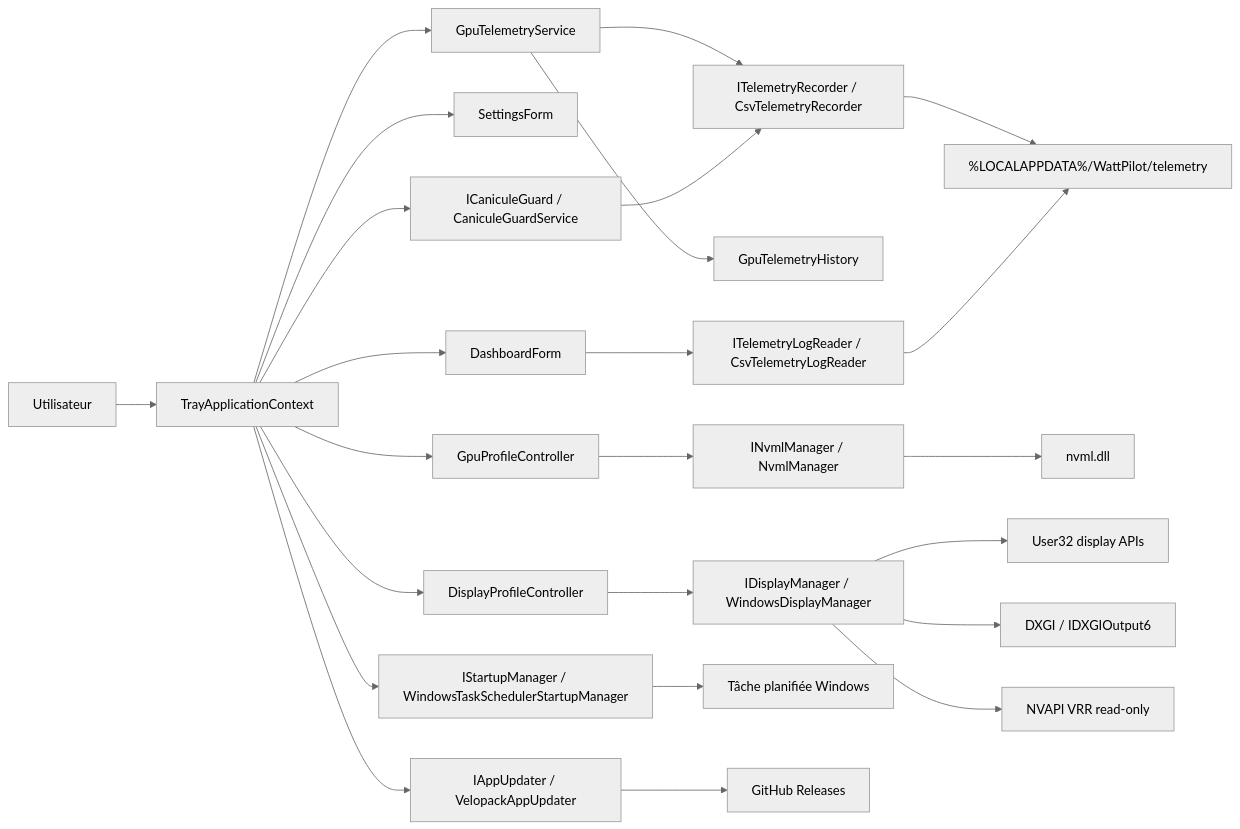
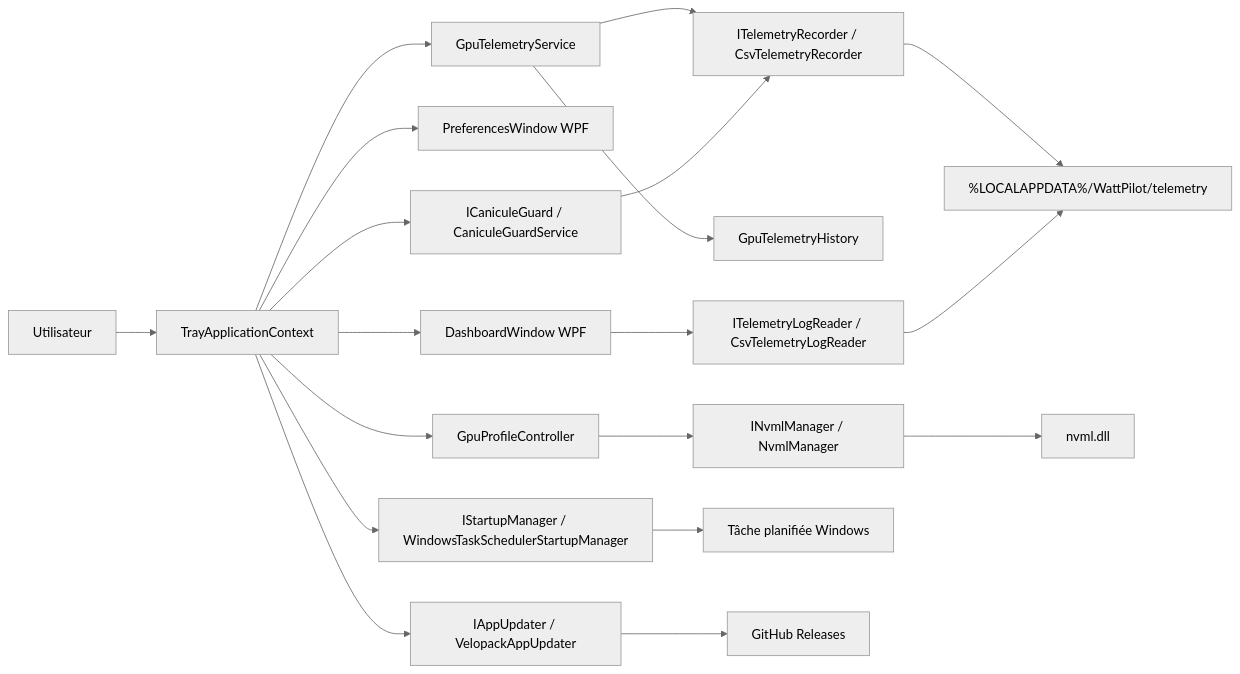
Before and after one commit to arnaud-wissart-lab/NVConso: the diagram in docs/architecture.md, drawn with Mermaid (neutral theme). The commit also changed other lines of this file and 30 other files, not shown here.

````diff
--- a/docs/architecture.md
+++ b/docs/architecture.md
@@ -7,26 +7,21 @@
 ```mermaid
 flowchart LR
   User["Utilisateur"] --> Tray["TrayApplicationContext"]
-  Tray --> Dashboard["DashboardForm"]
-  Tray --> Settings["SettingsForm"]
+  Tray --> Dashboard["DashboardWindow WPF"]
+  Tray --> Settings["PreferencesWindow WPF"]
   Tray --> Profiles["GpuProfileController"]
   Profiles --> Nvml["INvmlManager / NvmlManager"]
   Nvml --> NativeNvml["nvml.dll"]
   Tray --> Telemetry["GpuTelemetryService"]
   Telemetry --> History["GpuTelemetryHistory"]
   Telemetry --> Recorder["ITelemetryRecorder / CsvTelemetryRecorder"]
   Recorder --> TelemetryFiles["%LOCALAPPDATA%/WattPilot/telemetry"]
   Dashboard --> Reader["ITelemetryLogReader / CsvTelemetryLogReader"]
   Reader --> TelemetryFiles
-  Tray --> DisplayProfiles["DisplayProfileController"]
-  DisplayProfiles --> DisplayManager["IDisplayManager / WindowsDisplayManager"]
-  DisplayManager --> User32["User32 display APIs"]
-  DisplayManager --> Dxgi["DXGI / IDXGIOutput6"]
-  DisplayManager --> Nvapi["NVAPI VRR read-only"]
   Tray --> Guard["ICaniculeGuard / CaniculeGuardService"]
   Guard --> Recorder
   Tray --> Startup["IStartupManager / WindowsTaskSchedulerStartupManager"]
   Startup --> TaskScheduler["Tâche planifiée Windows"]
   Tray --> Updates["IAppUpdater / VelopackAppUpdater"]
   Updates --> GitHubReleases["GitHub Releases"]
 ```
````
